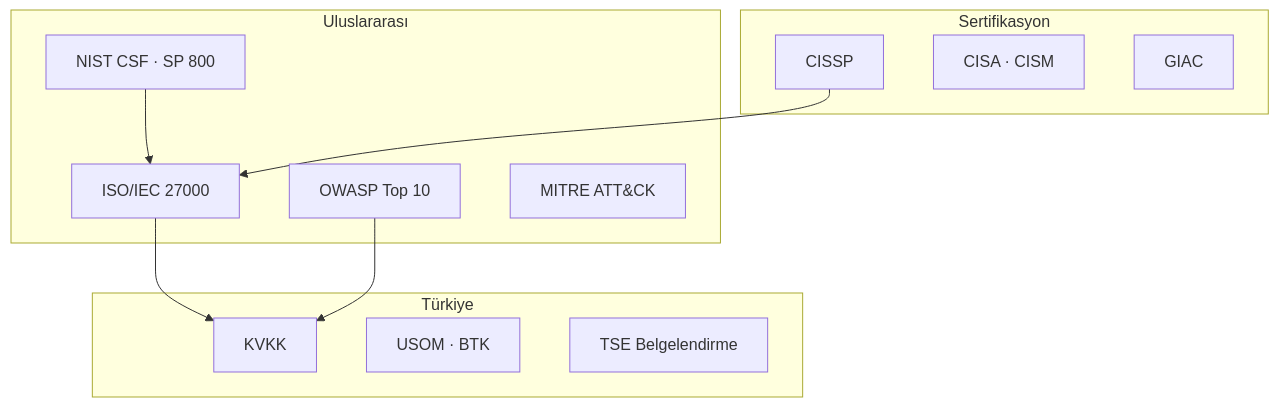
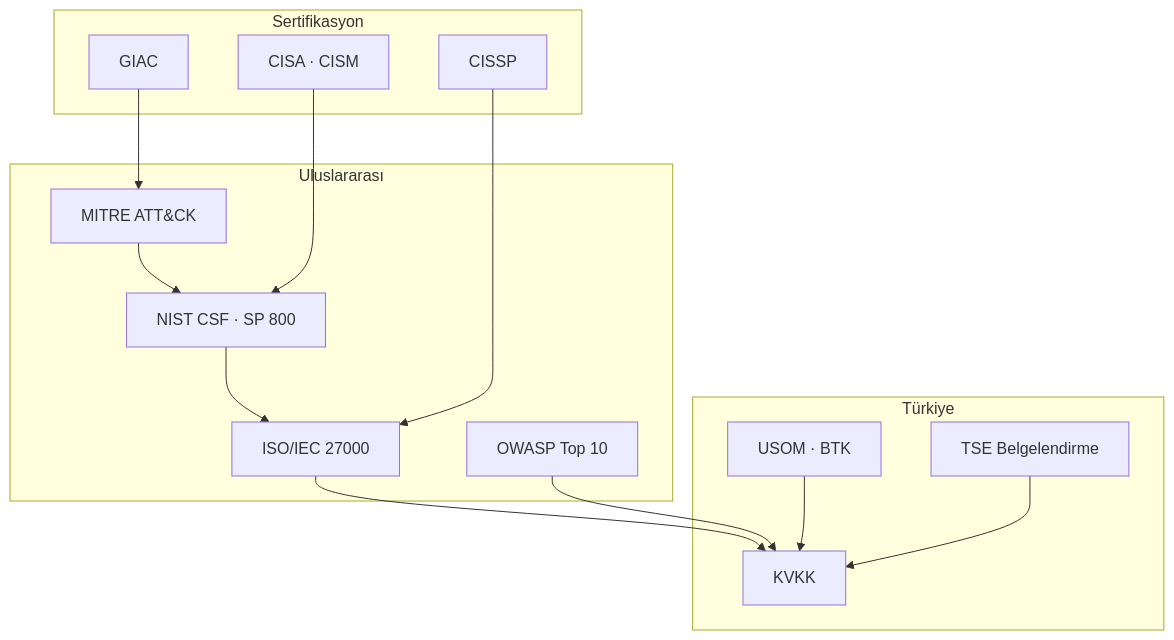
One commit to yusufarbc/Siber-Guvenlik-Rehberi changed the diagram in src/content/docs/01-bilgi-guvenligi/04-standartlar-organizasyonlar-ve-sertifikalar.md. Above: the diagram before and after it, drawn with Mermaid. The commit also changed 13 other files, not shown here.

First line of the commit message:
Mermaid diyagramlarındaki yapısal sorunları düzelt, kalabalık olanları sadeleştir

````diff
--- a/src/content/docs/01-bilgi-guvenligi/04-standartlar-organizasyonlar-ve-sertifikalar.md
+++ b/src/content/docs/01-bilgi-guvenligi/04-standartlar-organizasyonlar-ve-sertifikalar.md
@@ -12,23 +12,28 @@
 ```mermaid
 flowchart TB
   subgraph uluslararasi["Uluslararası"]
     iso27000["ISO/IEC 27000"]
     nist_csf["NIST CSF · SP 800"]
     owasp_top10["OWASP Top 10"]
     mitre_attack["MITRE ATT&CK"]
   end
   subgraph turkiye["Türkiye"]
     kvkk["KVKK"]
     usom_btk["USOM · BTK"]
     tse_belge["TSE Belgelendirme"]
   end
   subgraph sertifikasyon["Sertifikasyon"]
     cissp["CISSP"]
     cisa_cism["CISA · CISM"]
     giac["GIAC"]
   end
   iso27000 --> kvkk
   nist_csf --> iso27000
   owasp_top10 --> kvkk
+  mitre_attack --> nist_csf
+  usom_btk --> kvkk
+  tse_belge --> kvkk
   cissp --> iso27000
+  cisa_cism --> nist_csf
+  giac --> mitre_attack
 ```
````
